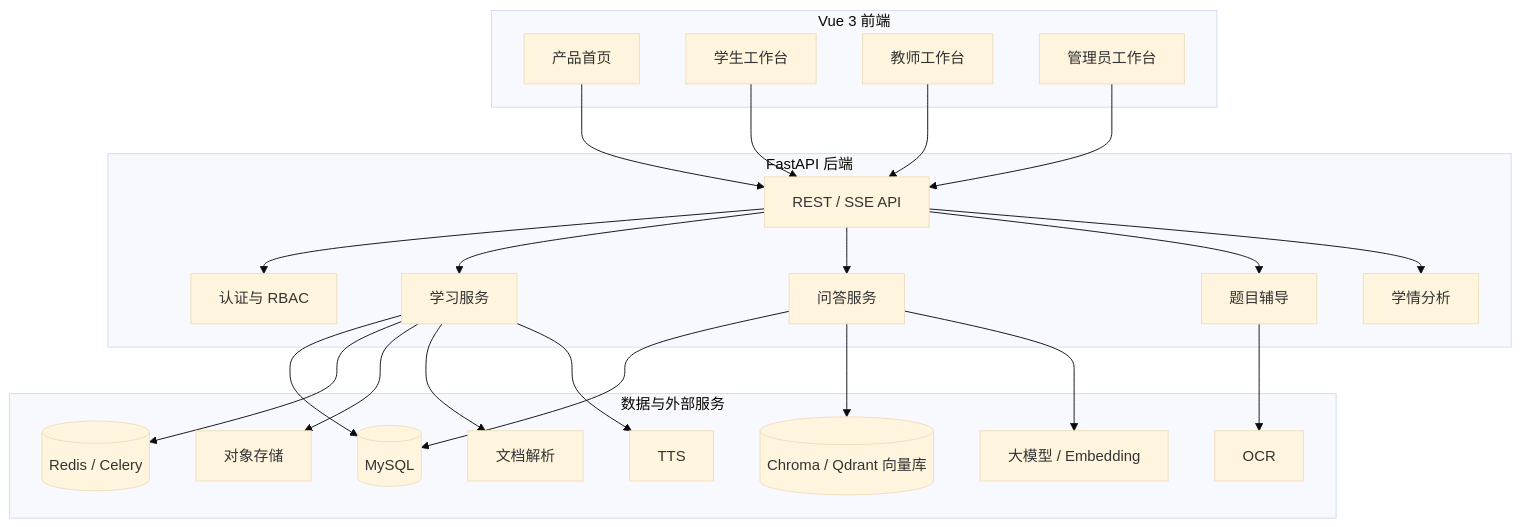
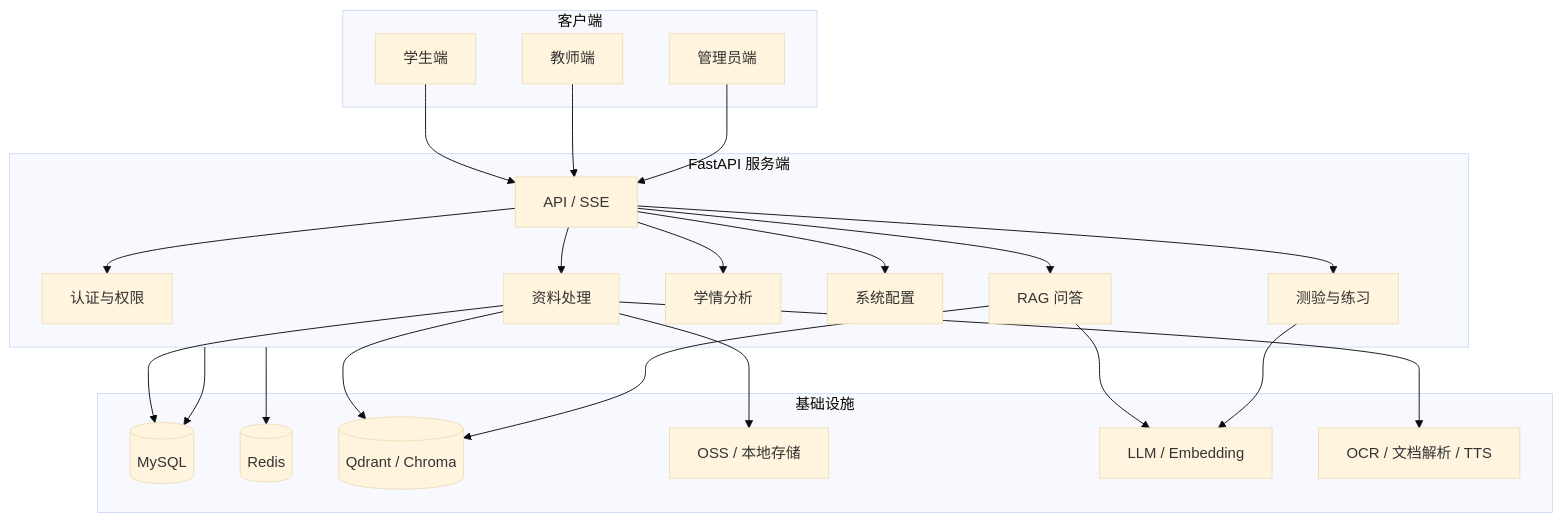
The diagram in README.md (hjxwz123/ClassAgent), drawn with Mermaid (base theme) before and after one commit. The commit also changed other lines of this file, not shown here.

````diff
--- a/README.md
+++ b/README.md
@@ -118,48 +181,46 @@
 ```mermaid
 flowchart TB
-  subgraph Frontend[Vue 3 前端]
-    Home[产品首页]
-    Student[学生工作台]
-    Teacher[教师工作台]
-    Admin[管理员工作台]
+  subgraph Client[客户端]
+    Student[学生端]
+    Teacher[教师端]
+    Admin[管理员端]
   end
 
-  subgraph Backend[FastAPI 后端]
-    API[REST / SSE API]
-    Auth[认证与 RBAC]
-    Learning[学习服务]
-    QA[问答服务]
-    Tutoring[题目辅导]
+  subgraph Server[FastAPI 服务端]
+    API[API / SSE]
+    Auth[认证与权限]
+    Material[资料处理]
+    QA[RAG 问答]
+    Quiz[测验与练习]
     Analytics[学情分析]
+    AdminSvc[系统配置]
   end
 
-  subgraph Infra[数据与外部服务]
+  subgraph Infra[基础设施]
     MySQL[(MySQL)]
-    Redis[(Redis / Celery)]
-    Vector[(Chroma / Qdrant 向量库)]
-    OSS[对象存储]
-    OCR[OCR]
-    DocMind[文档解析]
-    TTS[TTS]
-    LLM[大模型 / Embedding]
+    Redis[(Redis)]
+    Vector[(Qdrant / Chroma)]
+    OSS[OSS / 本地存储]
+    AI[LLM / Embedding]
+    OCR[OCR / 文档解析 / TTS]
   end
 
-  Home --> API
   Student --> API
   Teacher --> API
   Admin --> API
   API --> Auth
-  API --> Learning
+  API --> Material
   API --> QA
-  API --> Tutoring
+  API --> Quiz
   API --> Analytics
-  Learning --> MySQL
-  QA --> MySQL
+  API --> AdminSvc
+  Material --> MySQL
+  Material --> Vector
+  Material --> OSS
+  Material --> OCR
   QA --> Vector
-  QA --> LLM
-  Tutoring --> OCR
-  Learning --> Redis
-  Learning --> OSS
-  Learning --> DocMind
-  Learning --> TTS
+  QA --> AI
+  Quiz --> AI
+  Server --> Redis
+  Server --> MySQL
 ```
````
